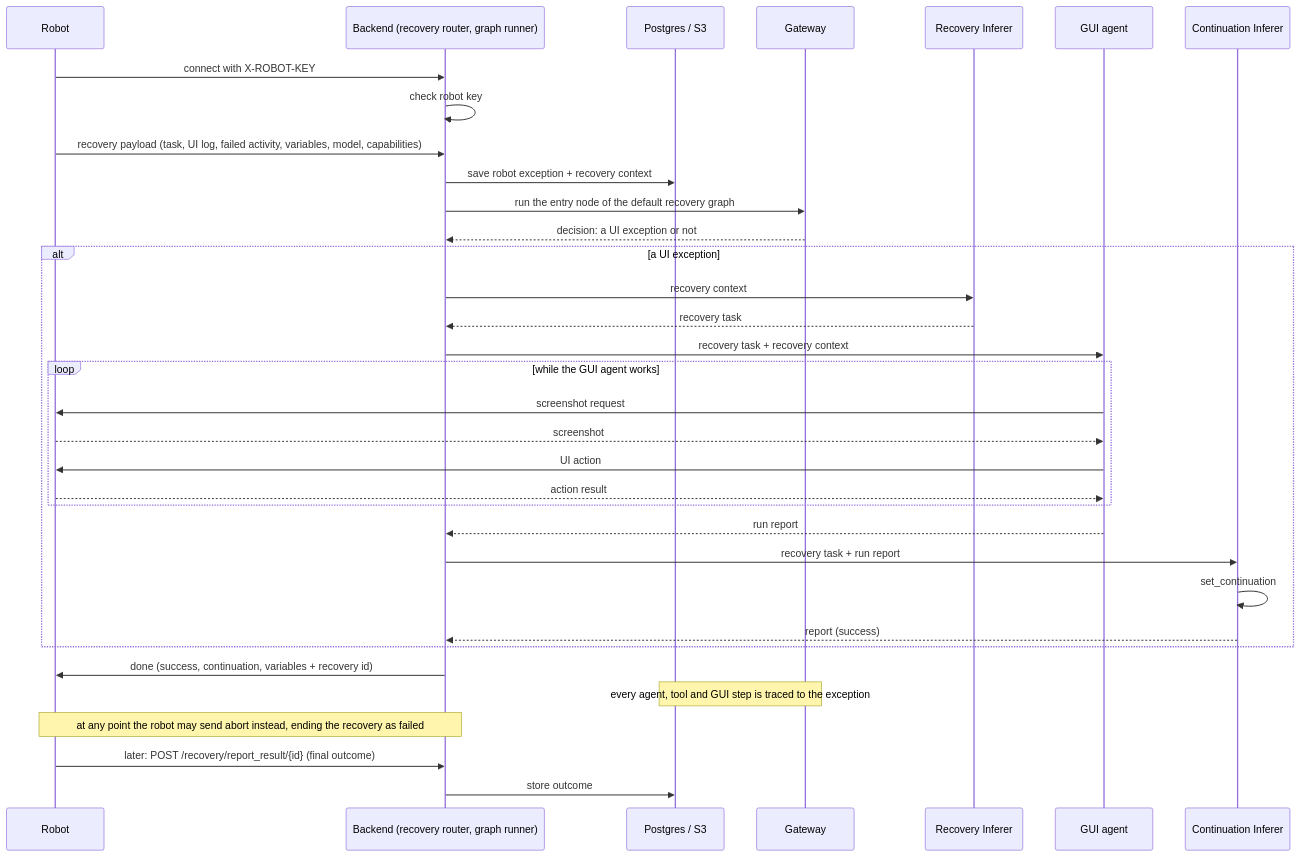
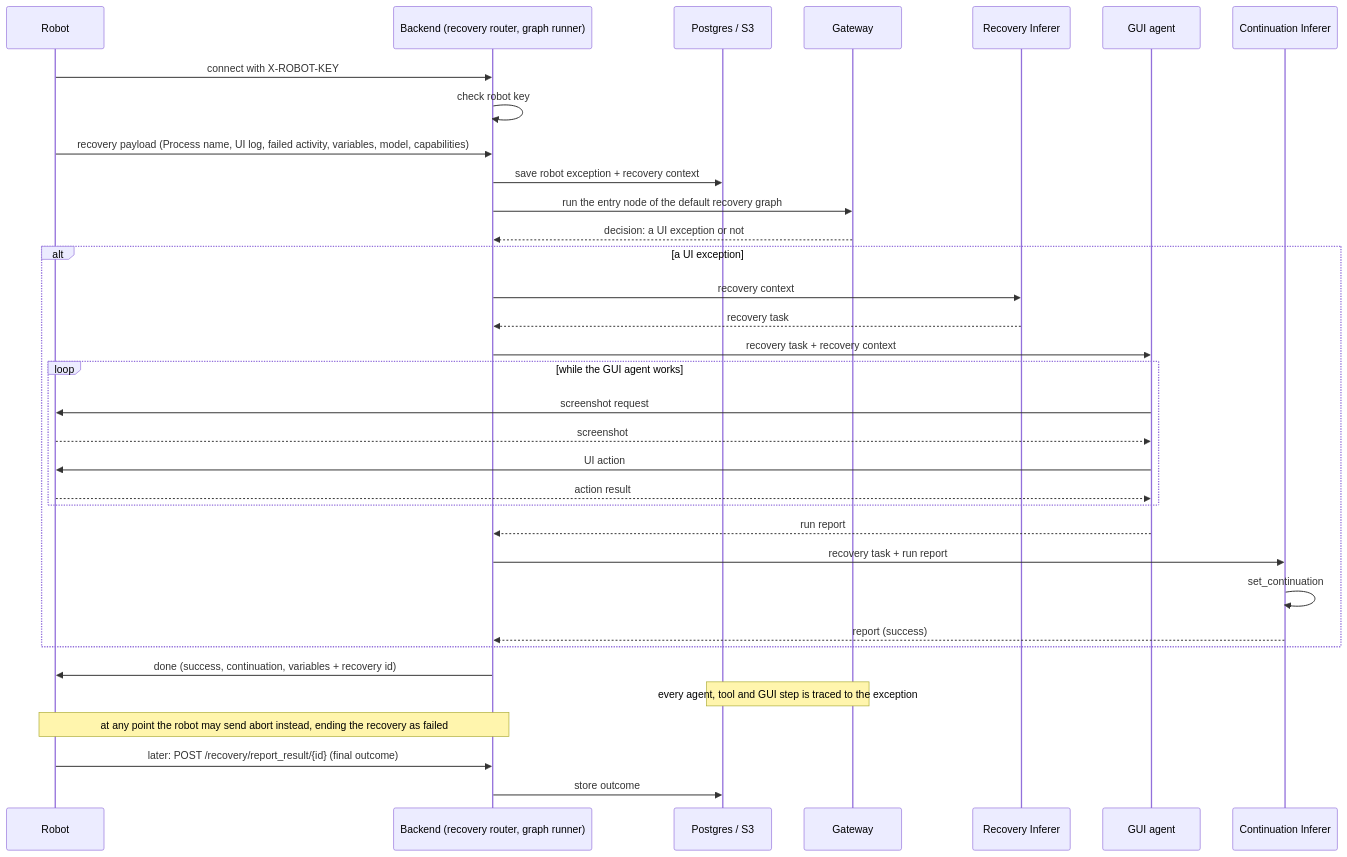
The diagram in ARCHITECTURE.md (TunixR/Reparo), drawn with Mermaid before and after one commit. The commit also changed other lines of this file and 18 other files, not shown here.

````diff
--- a/ARCHITECTURE.md
+++ b/ARCHITECTURE.md
@@ -30,37 +30,37 @@
 ```mermaid
 sequenceDiagram
     participant R as Robot
     participant WS as Backend (recovery router, graph runner)
     participant DB as Postgres / S3
     participant G as Gateway
     participant I as Recovery Inferer
     participant GUI as GUI agent
     participant C as Continuation Inferer
 
     R->>WS: connect with X-ROBOT-KEY
     WS->>WS: check robot key
-    R->>WS: recovery payload (task, UI log, failed activity, variables, model, capabilities)
+    R->>WS: recovery payload (Process name, UI log, failed activity, variables, model, capabilities)
     WS->>DB: save robot exception + recovery context
     WS->>G: run the entry node of the default recovery graph
     G-->>WS: decision: a UI exception or not
     alt a UI exception
         WS->>I: recovery context
         I-->>WS: recovery task
         WS->>GUI: recovery task + recovery context
         loop while the GUI agent works
             GUI->>R: screenshot request
             R-->>GUI: screenshot
             GUI->>R: UI action
             R-->>GUI: action result
         end
         GUI-->>WS: run report
         WS->>C: recovery task + run report
         C->>C: set_continuation
         C-->>WS: report (success)
     end
     WS->>R: done (success, continuation, variables + recovery id)
     Note over G,DB: every agent, tool and GUI step is traced to the exception
     Note over R,WS: at any point the robot may send abort instead, ending the recovery as failed
     R->>WS: later: POST /recovery/report_result/{id} (final outcome)
     WS->>DB: store outcome
 ```
````
